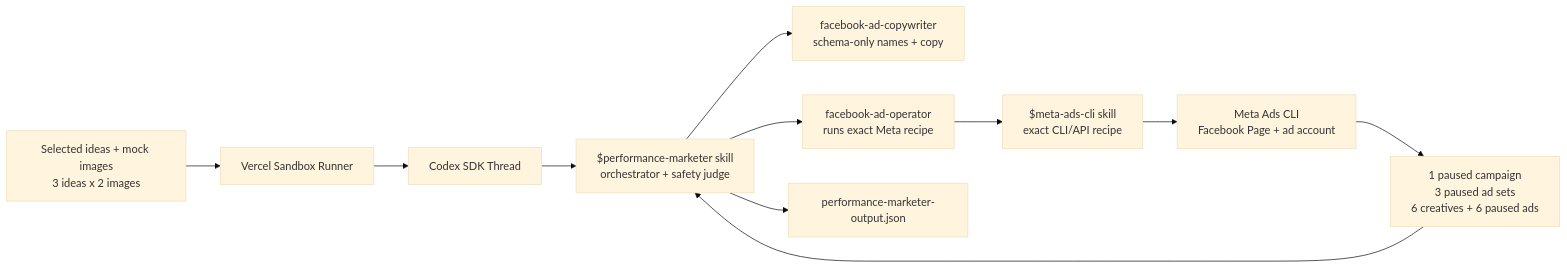
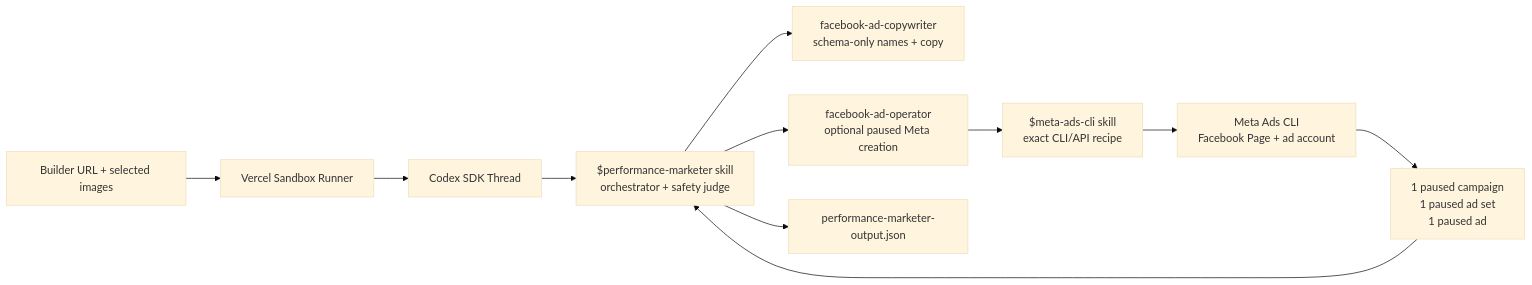
Before and after one commit to neilsanghrajka/drip: the diagram in docs/PERFORMANCE_MARKETER.md, drawn with Mermaid (base theme). The commit also changed other lines of this file and 26 other files, not shown here.

````diff
--- a/docs/PERFORMANCE_MARKETER.md
+++ b/docs/PERFORMANCE_MARKETER.md
@@ -11,19 +11,19 @@
 ```mermaid
 flowchart LR
-  Input["Selected ideas + mock images<br/>3 ideas x 2 images"]
+  Input["Builder URL + selected images"]
   Runner["Vercel Sandbox Runner"]
   Codex["Codex SDK Thread"]
   Marketer["$performance-marketer skill<br/>orchestrator + safety judge"]
   Copy["facebook-ad-copywriter<br/>schema-only names + copy"]
-  Operator["facebook-ad-operator<br/>runs exact Meta recipe"]
+  Operator["facebook-ad-operator<br/>optional paused Meta creation"]
   CLI["$meta-ads-cli skill<br/>exact CLI/API recipe"]
   Meta["Meta Ads CLI<br/>Facebook Page + ad account"]
-  Objects["1 paused campaign<br/>3 paused ad sets<br/>6 creatives + 6 paused ads"]
+  Objects["1 paused campaign<br/>1 paused ad set<br/>1 paused ad"]
   Output["performance-marketer-output.json"]
 
   Input --> Runner --> Codex --> Marketer
   Marketer --> Copy
   Marketer --> Operator
   Operator --> CLI --> Meta --> Objects
   Objects --> Marketer --> Output
 ```
````
